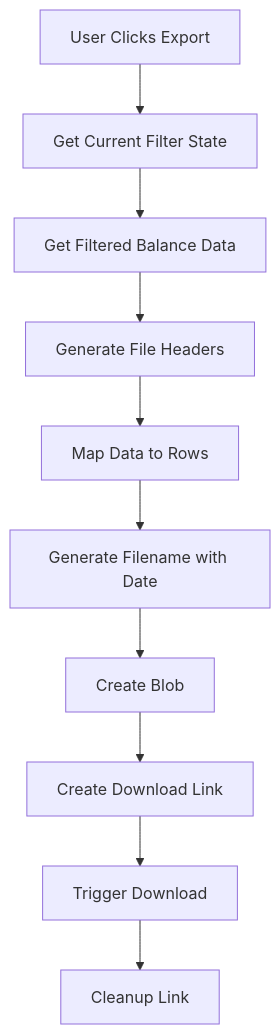
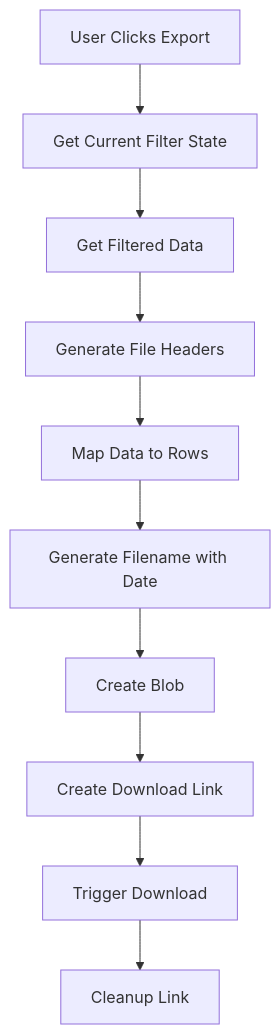
One commit to PeakMNA/carmen changed diagram 12 of 16 in docs/app/inventory-management/stock-overview/inventory-balance/FD-inventory-balance.md. Above: the diagram before and after it, drawn with Mermaid. The commit also changed other lines of this file and 473 other files, not shown here.

````diff
--- a/docs/app/inventory-management/stock-overview/inventory-balance/FD-inventory-balance.md
+++ b/docs/app/inventory-management/stock-overview/inventory-balance/FD-inventory-balance.md
@@ -179,12 +236,12 @@
 ```mermaid
 flowchart TD
     A[User Clicks Export] --> B[Get Current Filter State]
-    B --> C[Get Filtered Balance Data]
+    B --> C[Get Filtered Data]
     C --> D[Generate File Headers]
     D --> E[Map Data to Rows]
     E --> F[Generate Filename with Date]
     F --> G[Create Blob]
     G --> H[Create Download Link]
     H --> I[Trigger Download]
     I --> J[Cleanup Link]
 ```
````
